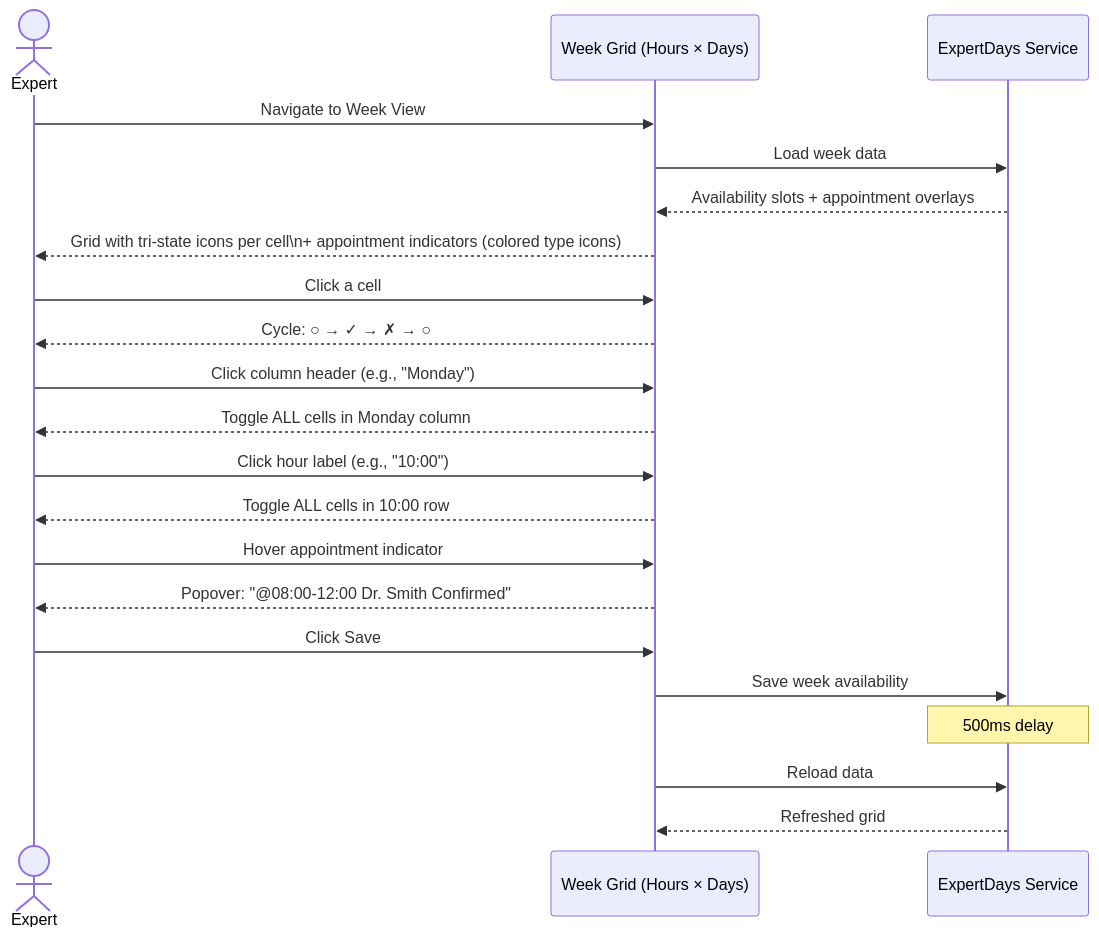
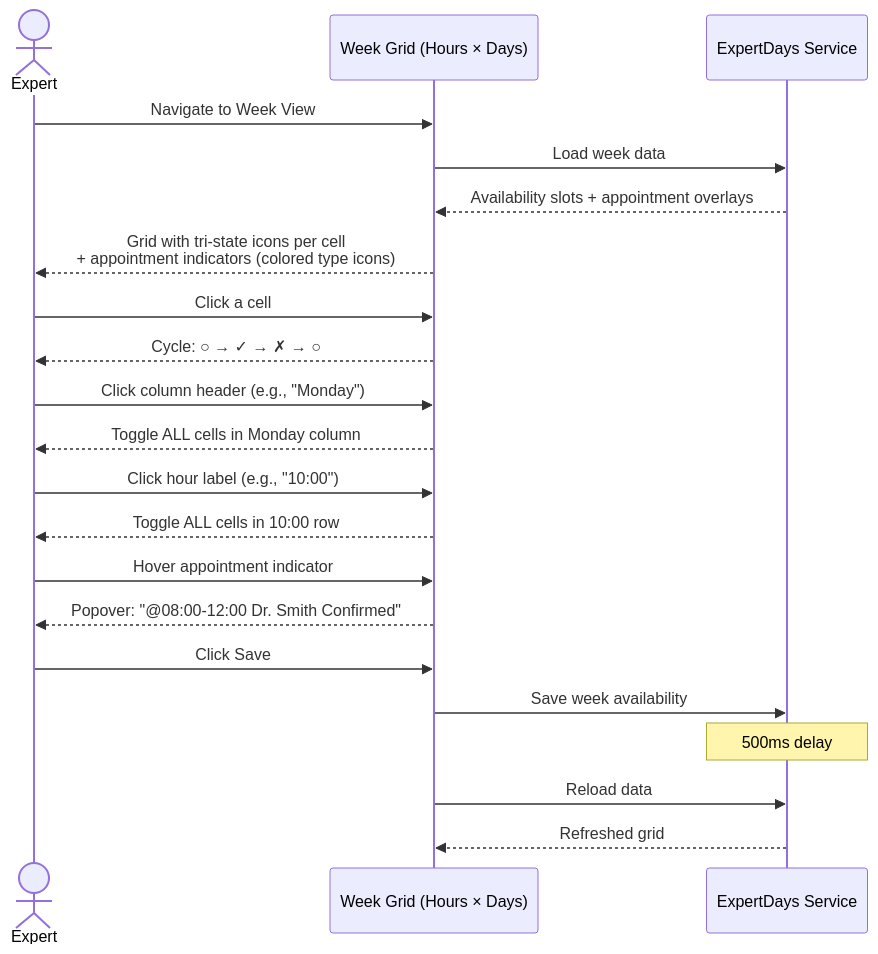
The eighth of 12 diagrams in specs/wireframes/planning/workflows.md (RaphaelBossek/BearStudio-start-ui-web), drawn with Mermaid before and after one commit. The commit also changed other lines of this file and 14 other files, not shown here.

First line of the commit message:
fix(mermaid): replace \n with <br> for proper line breaks

````diff
--- a/specs/wireframes/planning/workflows.md
+++ b/specs/wireframes/planning/workflows.md
@@ -371,30 +371,30 @@
 ```mermaid
 sequenceDiagram
     actor Expert
     participant WeekGrid as Week Grid (Hours × Days)
     participant Server as ExpertDays Service
 
     Expert->>WeekGrid: Navigate to Week View
     WeekGrid->>Server: Load week data
     Server-->>WeekGrid: Availability slots + appointment overlays
 
-    WeekGrid-->>Expert: Grid with tri-state icons per cell\n+ appointment indicators (colored type icons)
+    WeekGrid-->>Expert: Grid with tri-state icons per cell<br>+ appointment indicators (colored type icons)
 
     Expert->>WeekGrid: Click a cell
     WeekGrid-->>Expert: Cycle: ○ → ✓ → ✗ → ○
 
     Expert->>WeekGrid: Click column header (e.g., "Monday")
     WeekGrid-->>Expert: Toggle ALL cells in Monday column
 
     Expert->>WeekGrid: Click hour label (e.g., "10:00")
     WeekGrid-->>Expert: Toggle ALL cells in 10:00 row
 
     Expert->>WeekGrid: Hover appointment indicator
     WeekGrid-->>Expert: Popover: "@08:00-12:00 Dr. Smith Confirmed"
 
     Expert->>WeekGrid: Click Save
     WeekGrid->>Server: Save week availability
     Note over Server: 500ms delay
     WeekGrid->>Server: Reload data
     Server-->>WeekGrid: Refreshed grid
 ```
````
